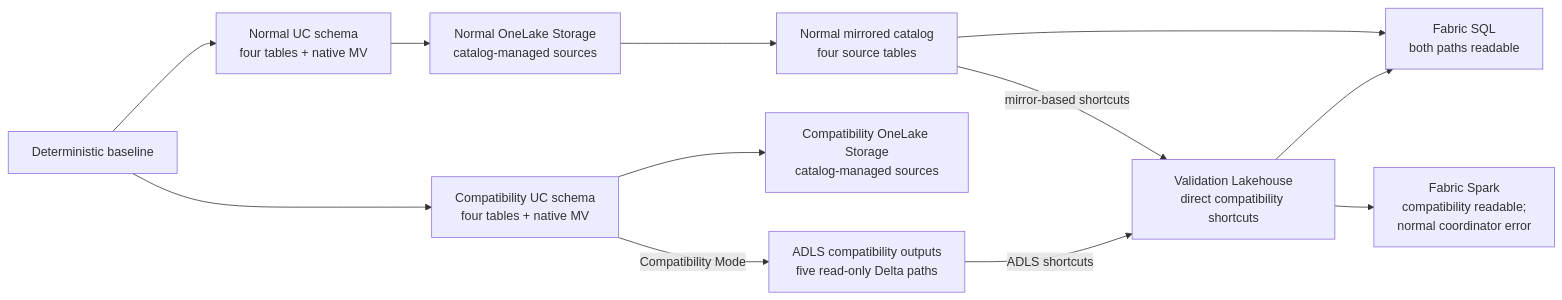
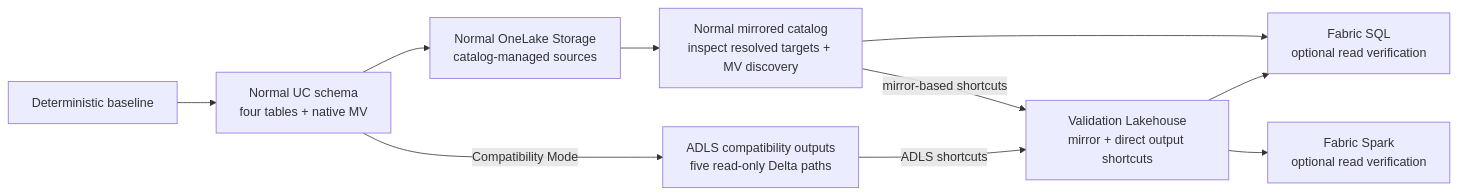
The diagram in demos/compatibility-mode/README.md (kuby49/databricks_fabric_interop_demos), drawn with Mermaid before and after one commit. The commit also changed other lines of this file and 16 other files, not shown here.

First line of the commit message:
Use a single normal producer for Compatibility Mode

````diff
--- a/demos/compatibility-mode/README.md
+++ b/demos/compatibility-mode/README.md
@@ -38,24 +34,20 @@
 ```mermaid
 flowchart LR
   GEN["Deterministic baseline"]
   NC["Normal UC schema<br/>four tables + native MV"]
-  CC["Compatibility UC schema<br/>four tables + native MV"]
   NS["Normal OneLake Storage<br/>catalog-managed sources"]
-  CS["Compatibility OneLake Storage<br/>catalog-managed sources"]
   OUT["ADLS compatibility outputs<br/>five read-only Delta paths"]
-  NM["Normal mirrored catalog<br/>four source tables"]
-  LH["Validation Lakehouse<br/>direct compatibility shortcuts"]
-  SQL["Fabric SQL<br/>both paths readable"]
-  SP["Fabric Spark<br/>compatibility readable;<br/>normal coordinator error"]
+  NM["Normal mirrored catalog<br/>inspect resolved targets + MV discovery"]
+  LH["Validation Lakehouse<br/>mirror + direct output shortcuts"]
+  SQL["Fabric SQL<br/>optional read verification"]
+  SP["Fabric Spark<br/>optional read verification"]
   GEN --> NC
-  GEN --> CC
   NC --> NS
-  CC --> CS
-  CC -->|"Compatibility Mode"| OUT
+  NC -->|"Compatibility Mode"| OUT
   NS --> NM
   NM --> SQL
   NM -->|"mirror-based shortcuts"| LH
   OUT -->|"ADLS shortcuts"| LH
   LH --> SQL
   LH --> SP
 ```
````
